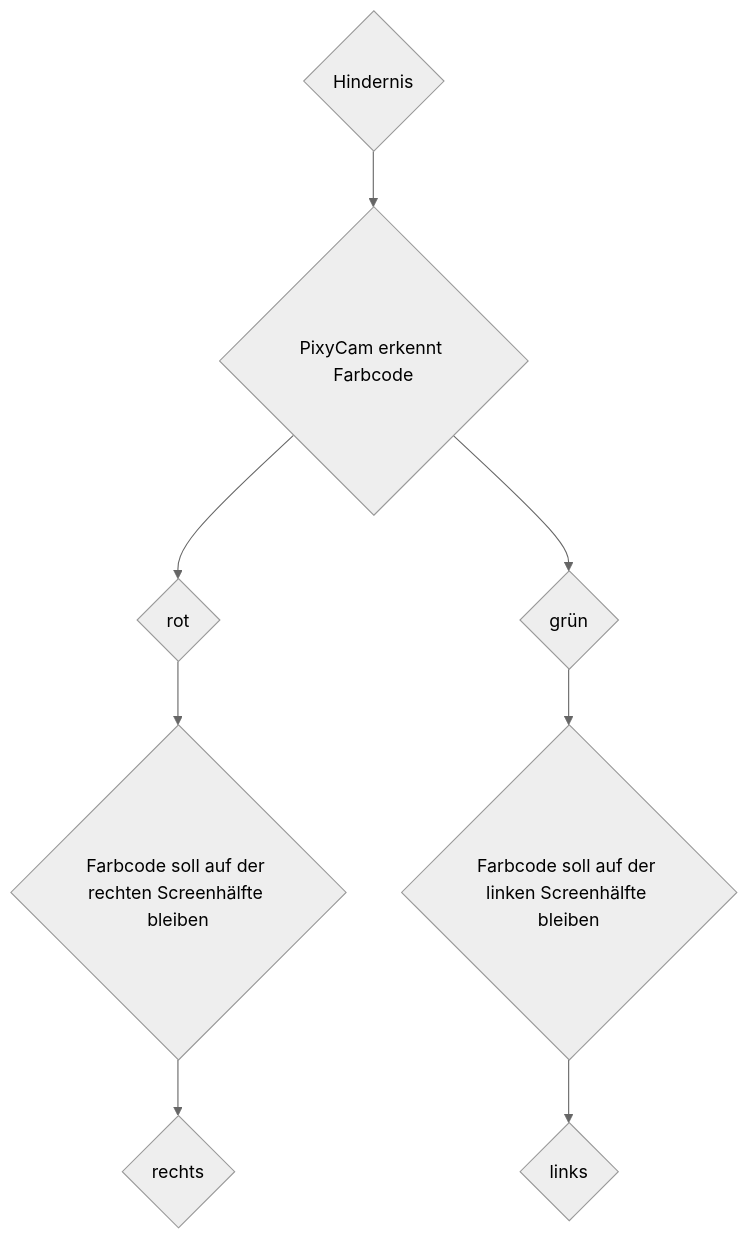
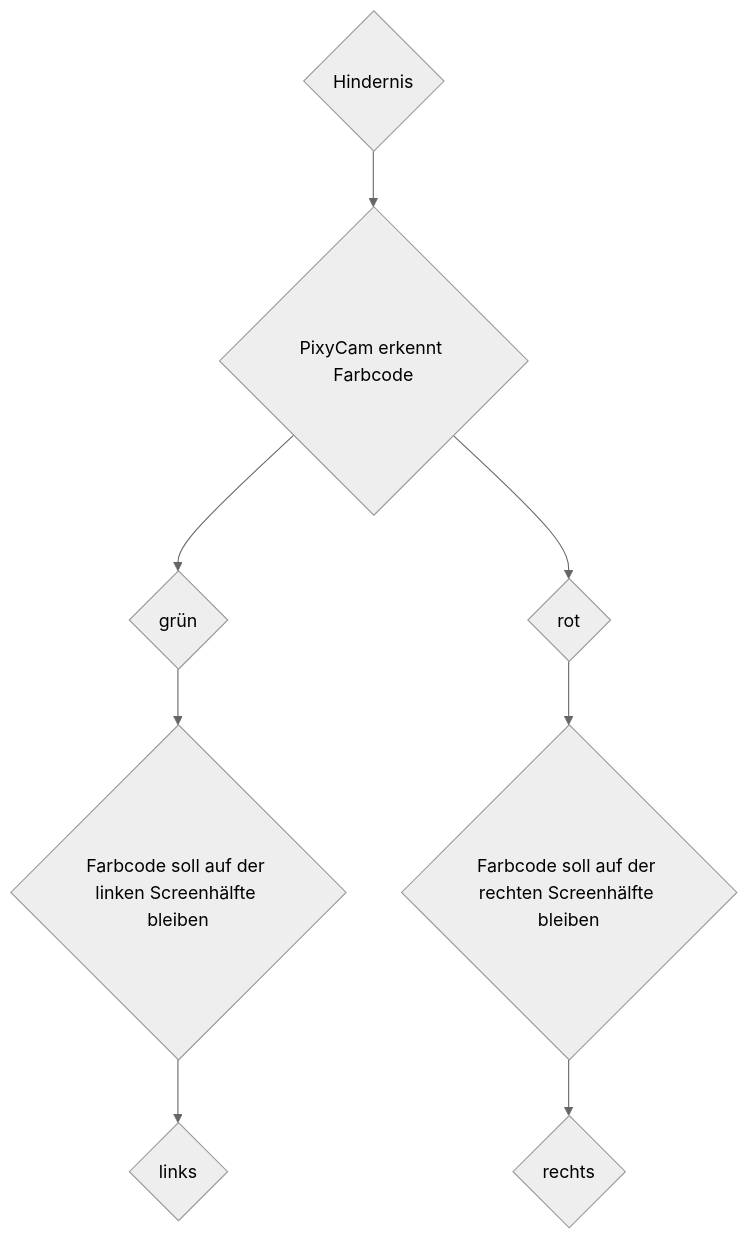
One commit to SchroedingersBit/PfortGTPanama changed the diagram in Programme/Hindernisrennen/README.md. Above: the diagram before and after it, drawn with Mermaid (neutral theme).

````diff
--- a/Programme/Hindernisrennen/README.md
+++ b/Programme/Hindernisrennen/README.md
@@ -4,6 +4,7 @@
 ```mermaid
 graph TB;
 A{Hindernis} -->B{PixyCam erkennt Farbcode};
+B-->E{grün}-->Code2{Farbcode soll auf der linken Screenhälfte bleiben}-->F{links};
 B-->C{rot}-->Code{Farbcode soll auf der rechten Screenhälfte bleiben}-->D{rechts};
-B-->E{grün}-->Code2{Farbcode soll auf der linken Screenhälfte bleiben}-->F{links};
+
 ```
````
